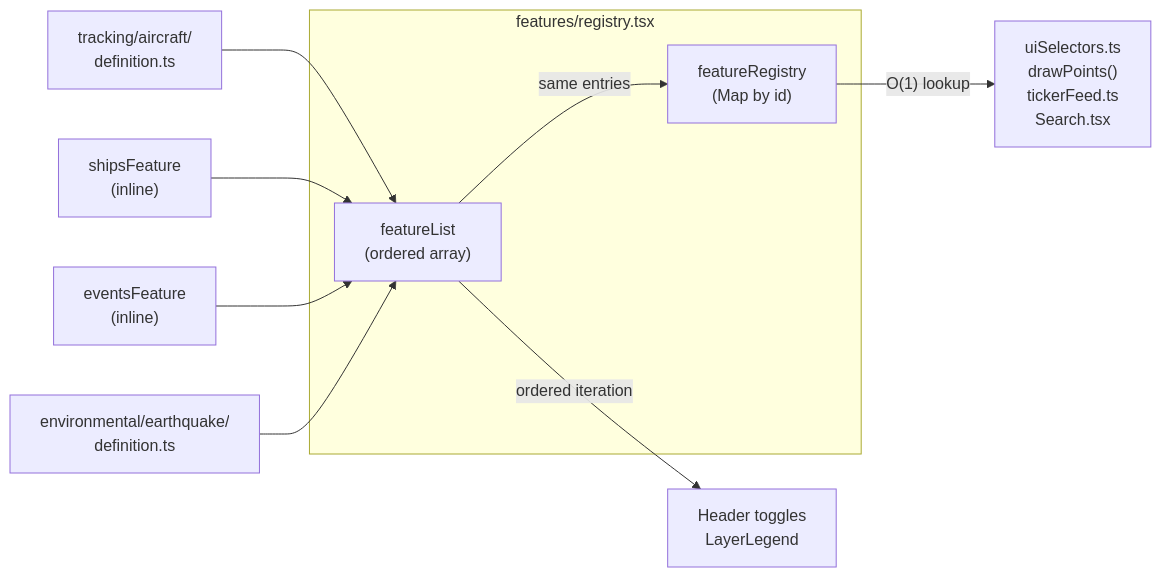
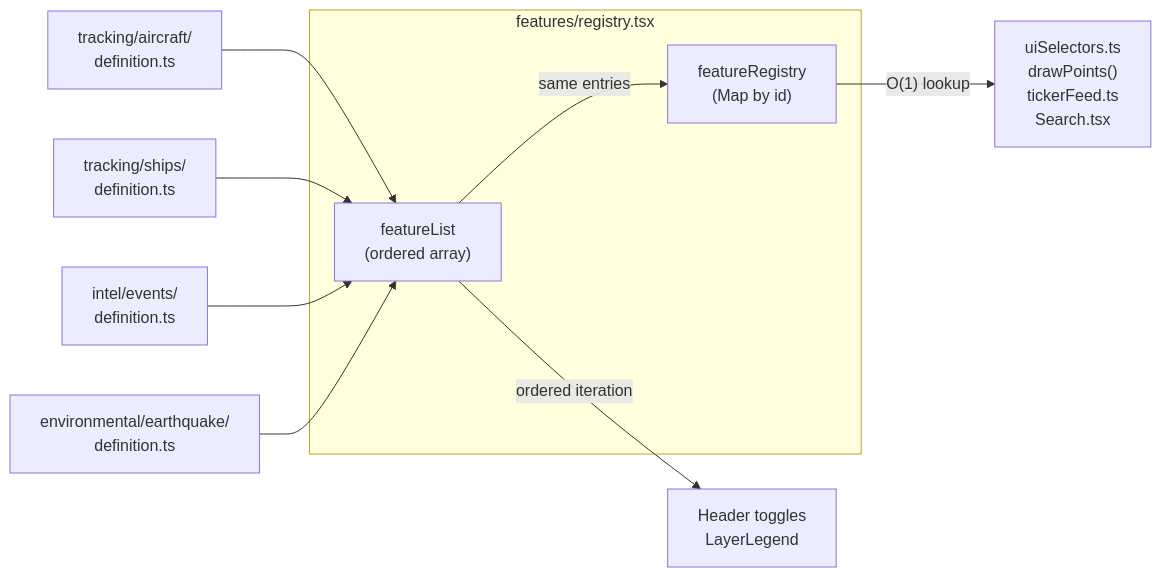
Before and after one commit to iiTONELOC/sigint: the second of 14 diagrams in docs/architecture.md, drawn with Mermaid. The commit also changed other lines of this file and 21 other files, not shown here.

First line of the commit message:
refactor: extract ships and events into standalone feature folders

````diff
--- a/docs/architecture.md
+++ b/docs/architecture.md
@@ -166,17 +179,17 @@
 ```mermaid
 graph LR
     subgraph "features/registry.tsx"
         FL["featureList<br/>(ordered array)"]
         FR["featureRegistry<br/>(Map by id)"]
     end
 
     AF["tracking/aircraft/<br/>definition.ts"] --> FL
-    SF["shipsFeature<br/>(inline)"] --> FL
-    EF["eventsFeature<br/>(inline)"] --> FL
+    SF["tracking/ships/<br/>definition.ts"] --> FL
+    EF["intel/events/<br/>definition.ts"] --> FL
     QF["environmental/earthquake/<br/>definition.ts"] --> FL
 
     FL -->|"same entries"| FR
 
     FR -->|"O(1) lookup"| Consumers["uiSelectors.ts<br/>drawPoints()<br/>tickerFeed.ts<br/>Search.tsx"]
     FL -->|"ordered iteration"| UI["Header toggles<br/>LayerLegend"]
 ```
````
